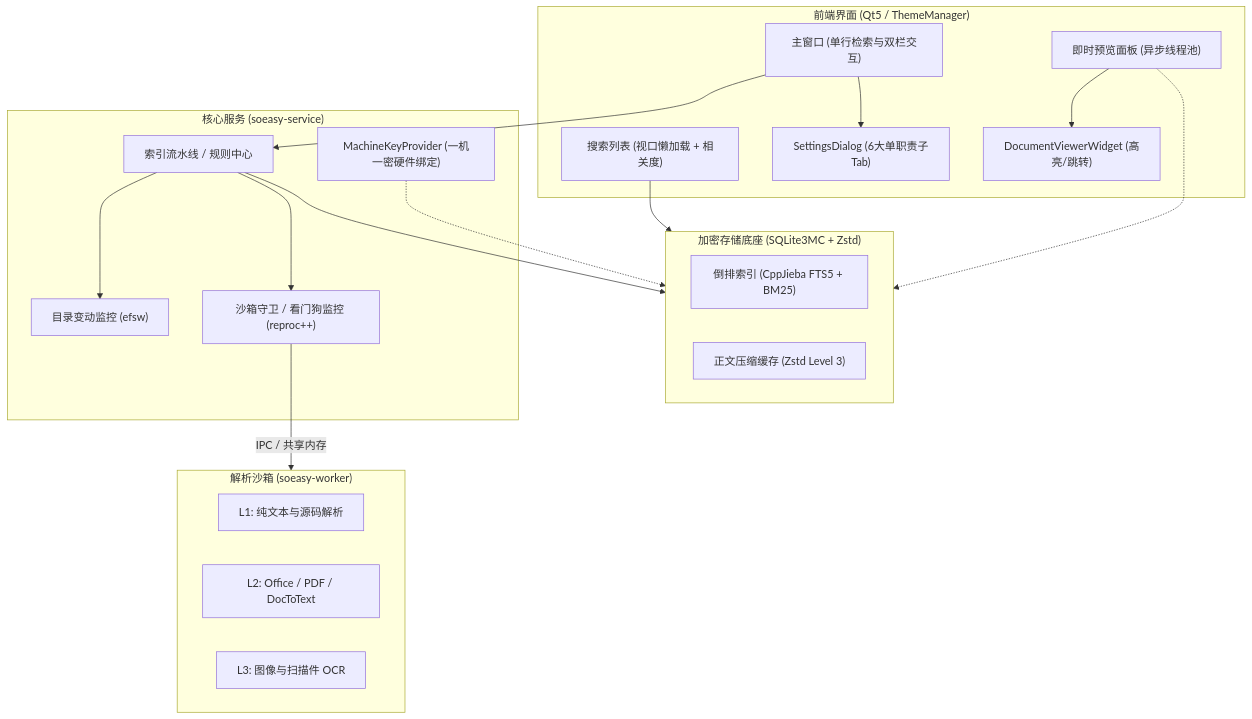
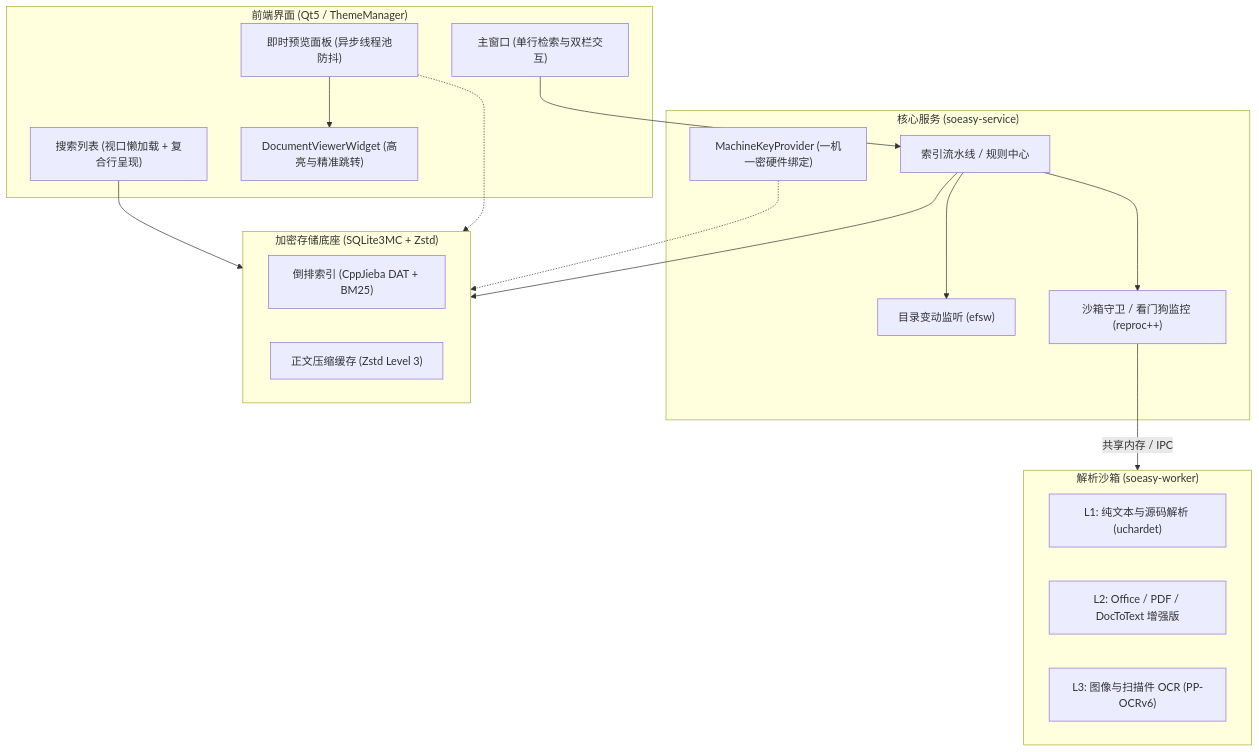
Before and after one commit to lilucpp/soeasy: the diagram in README_zh.md, drawn with Mermaid. The commit also changed other lines of this file and 8 other files, not shown here.

````diff
--- a/README_zh.md
+++ b/README_zh.md
@@ -50,39 +35,37 @@
 ```mermaid
 flowchart TD
     subgraph UI ["前端界面 (Qt5 / ThemeManager)"]
         MainWindow["主窗口 (单行检索与双栏交互)"]
-        ResultView["搜索列表 (视口懒加载 + 相关度)"]
-        PreviewPanel["即时预览面板 (异步线程池)"]
-        DocViewer["DocumentViewerWidget (高亮/跳转)"]
-        SettingsDialog["SettingsDialog (6大单职责子Tab)"]
+        ResultView["搜索列表 (视口懒加载 + 复合行呈现)"]
+        PreviewPanel["即时预览面板 (异步线程池防抖)"]
+        DocViewer["DocumentViewerWidget (高亮与精准跳转)"]
     end
 
     subgraph Core ["核心服务 (soeasy-service)"]
         IndexPipeline["索引流水线 / 规则中心"]
-        WatchEngine["目录变动监控 (efsw)"]
+        WatchEngine["目录变动监听 (efsw)"]
         WorkerGuard["沙箱守卫 / 看门狗监控 (reproc++)"]
         MachineKey["MachineKeyProvider (一机一密硬件绑定)"]
     end
 
     subgraph Sandbox ["解析沙箱 (soeasy-worker)"]
-        L1["L1: 纯文本与源码解析"]
-        L2["L2: Office / PDF / DocToText"]
-        L3["L3: 图像与扫描件 OCR"]
+        L1["L1: 纯文本与源码解析 (uchardet)"]
+        L2["L2: Office / PDF / DocToText 增强版"]
+        L3["L3: 图像与扫描件 OCR (PP-OCRv6)"]
     end
 
     subgraph Storage ["加密存储底座 (SQLite3MC + Zstd)"]
-        FTS5["倒排索引 (CppJieba FTS5 + BM25)"]
+        FTS5["倒排索引 (CppJieba DAT + BM25)"]
         CompressedCache["正文压缩缓存 (Zstd Level 3)"]
     end
 
     MainWindow --> IndexPipeline
-    MainWindow --> SettingsDialog
     PreviewPanel --> DocViewer
     IndexPipeline --> WatchEngine
     IndexPipeline --> WorkerGuard
-    WorkerGuard -- IPC / 共享内存 --> Sandbox
+    WorkerGuard -- 共享内存 / IPC --> Sandbox
     MachineKey -.-> Storage
     IndexPipeline --> Storage
     ResultView --> Storage
     PreviewPanel -.-> Storage
 ```
````
